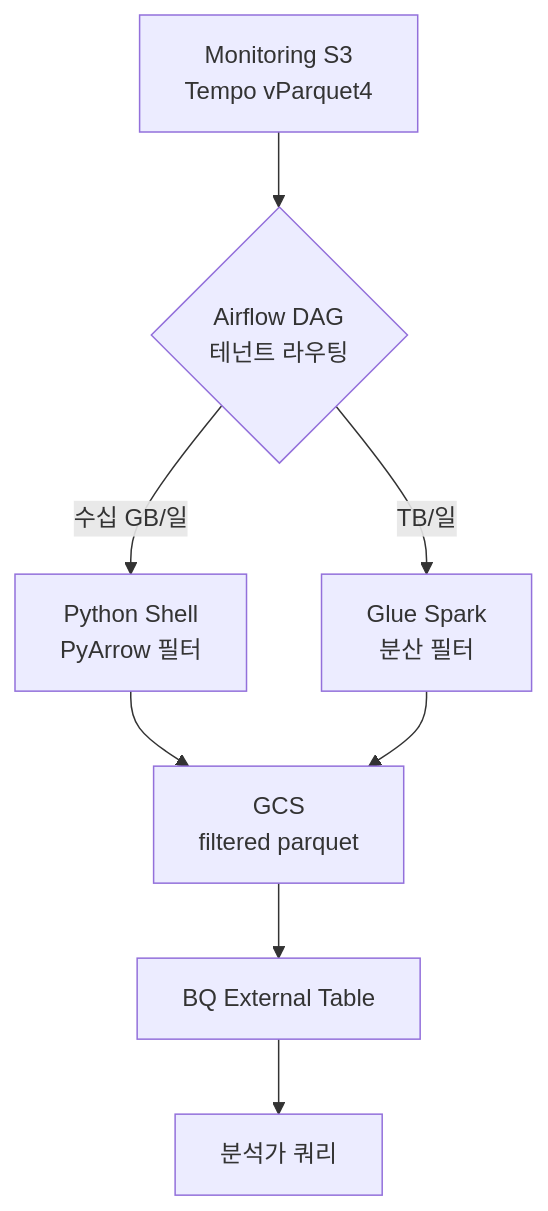
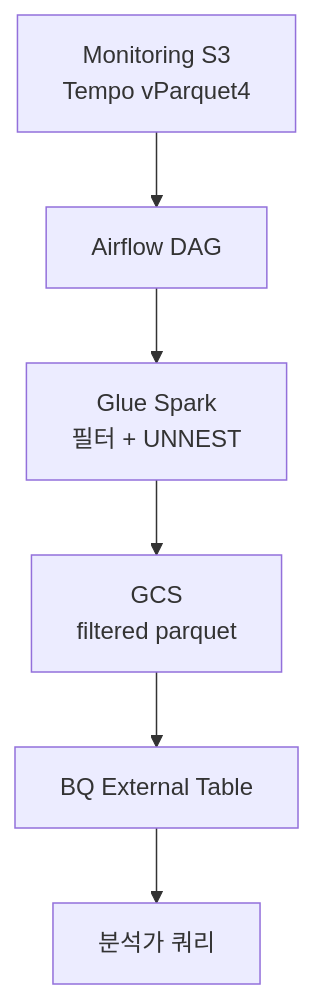
The diagram in diagrams/trace-pipeline/architecture.mmd (jaenam615/portfolio), drawn with Mermaid before and after one commit. The commit also changed 1 other file, not shown here.

Commit message:
universal flow

```diff
--- a/diagrams/trace-pipeline/architecture.mmd
+++ b/diagrams/trace-pipeline/architecture.mmd
@@ -1,8 +1,6 @@
 flowchart TD
-    A[Monitoring S3<br/>Tempo vParquet4] --> B{Airflow DAG<br/>테넌트 라우팅}
-    B -->|수십 GB/일| C[Python Shell<br/>PyArrow 필터]
-    B -->|TB/일| D[Glue Spark<br/>분산 필터]
-    C --> E[GCS<br/>filtered parquet]
-    D --> E
-    E --> F[BQ External Table]
-    F --> G[분석가 쿼리]
+    A[Monitoring S3<br/>Tempo vParquet4] --> B[Airflow DAG]
+    B --> C[Glue Spark<br/>필터 + UNNEST]
+    C --> D[GCS<br/>filtered parquet]
+    D --> E[BQ External Table]
+    E --> F[분석가 쿼리]
```
